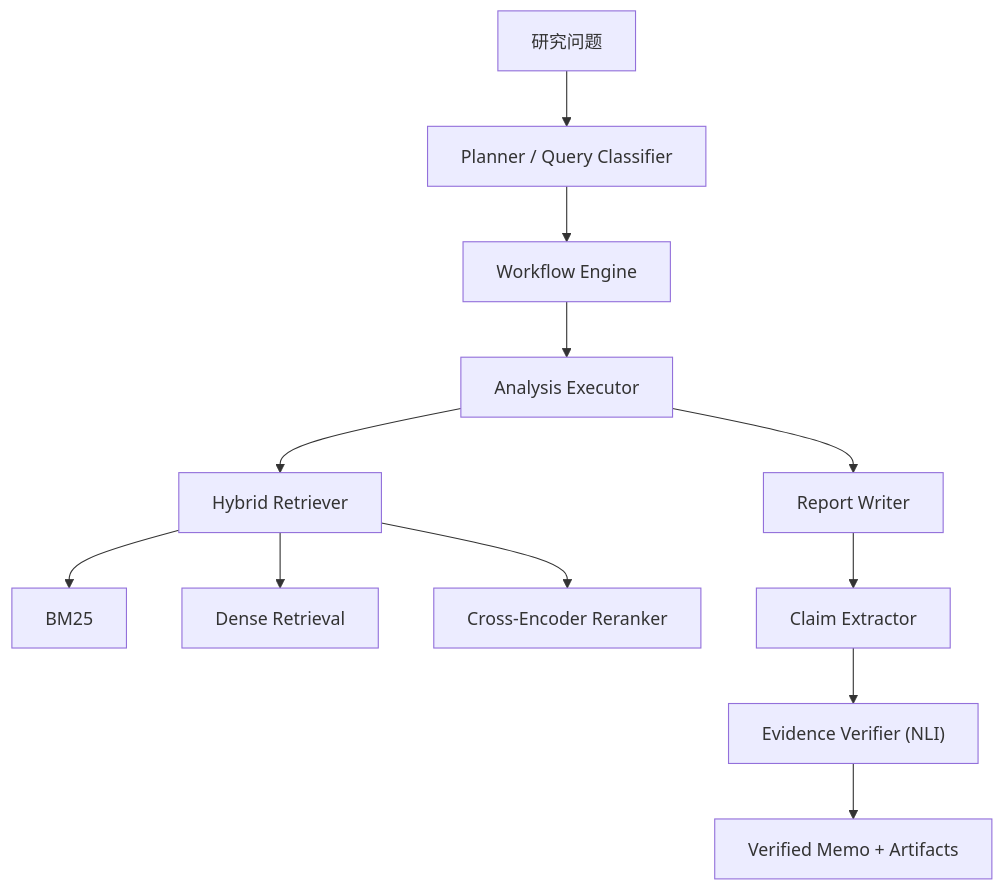
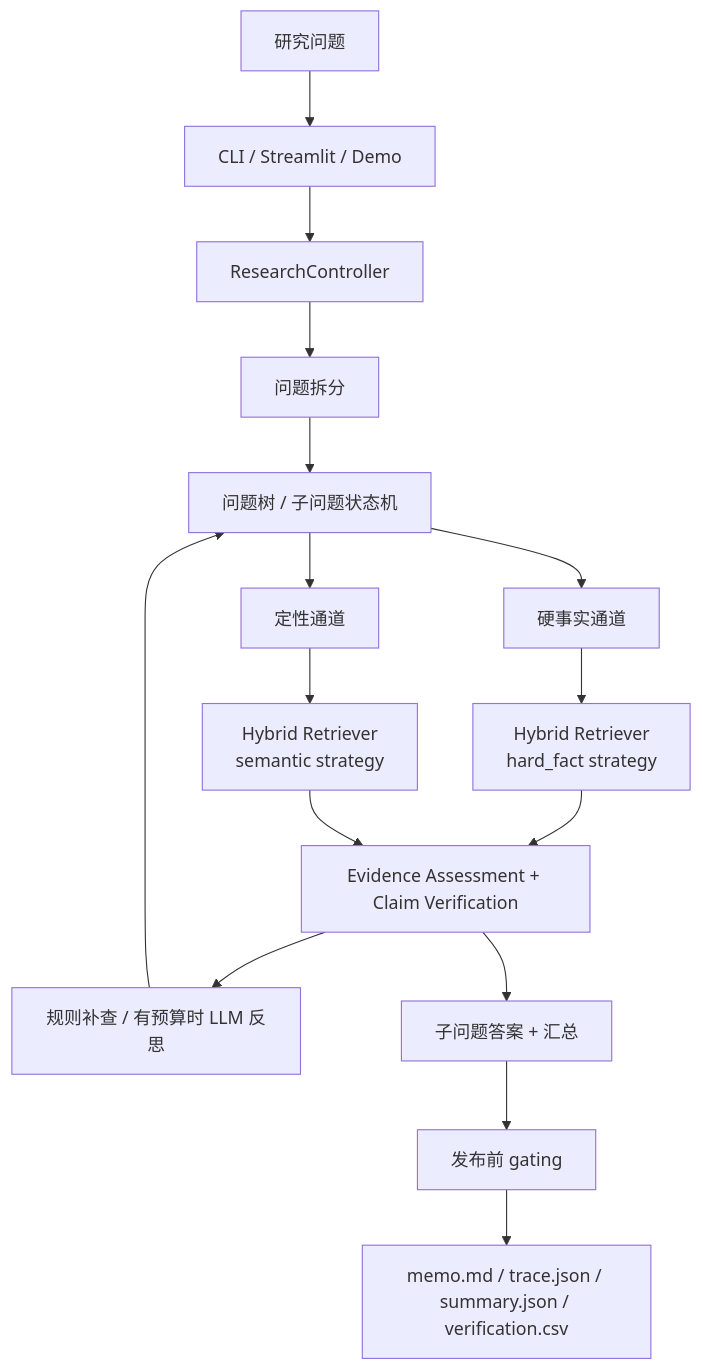
Before and after one commit to zuesjiang-cyber/bizintel-agent: the diagram in README.md, drawn with Mermaid. The commit also changed other lines of this file and 31 other files, not shown here.

Commit message:
refactor into trust-first deep research controller

````diff
--- a/README.md
+++ b/README.md
@@ -48,14 +42,22 @@
 ```mermaid
 flowchart TD
-    User["研究问题"] --> Planner["Planner / Query Classifier"]
-    Planner --> Engine["Workflow Engine"]
-    Engine --> Executor["Analysis Executor"]
-    Executor --> Retriever["Hybrid Retriever"]
-    Retriever --> BM25["BM25"]
-    Retriever --> Dense["Dense Retrieval"]
-    Retriever --> Rerank["Cross-Encoder Reranker"]
-    Executor --> Writer["Report Writer"]
-    Writer --> Claims["Claim Extractor"]
-    Claims --> Verifier["Evidence Verifier (NLI)"]
-    Verifier --> Memo["Verified Memo + Artifacts"]
+    User["研究问题"] --> Entry["CLI / Streamlit / Demo"]
+    Entry --> Controller["ResearchController"]
+    Controller --> Decompose["问题拆分"]
+    Decompose --> Tree["问题树 / 子问题状态机"]
+
+    Tree --> HF["硬事实通道"]
+    Tree --> SM["定性通道"]
+
+    HF --> RetrieveHF["Hybrid Retriever\nhard_fact strategy"]
+    SM --> RetrieveSM["Hybrid Retriever\nsemantic strategy"]
+
+    RetrieveHF --> Verify["Evidence Assessment + Claim Verification"]
+    RetrieveSM --> Verify
+
+    Verify --> Followup["规则补查 / 有预算时 LLM 反思"]
+    Followup --> Tree
+    Verify --> Writer["子问题答案 + 汇总"]
+    Writer --> Gate["发布前 gating"]
+    Gate --> Output["memo.md / trace.json / summary.json / verification.csv"]
 ```
````
